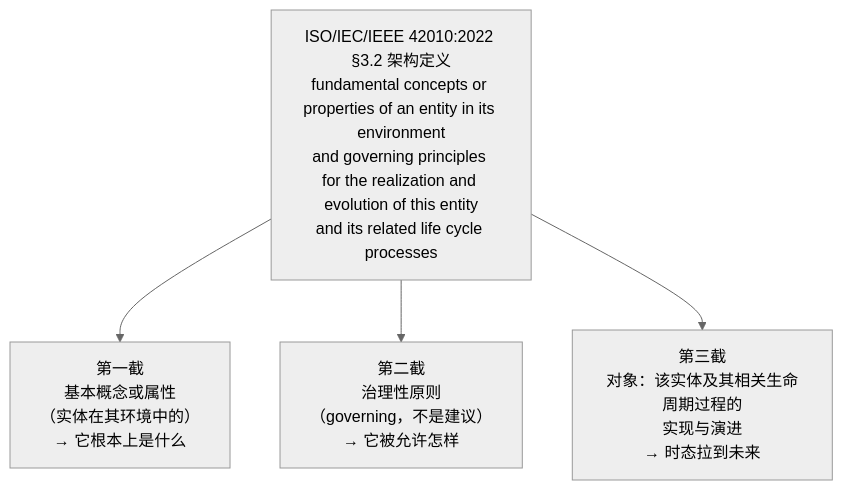
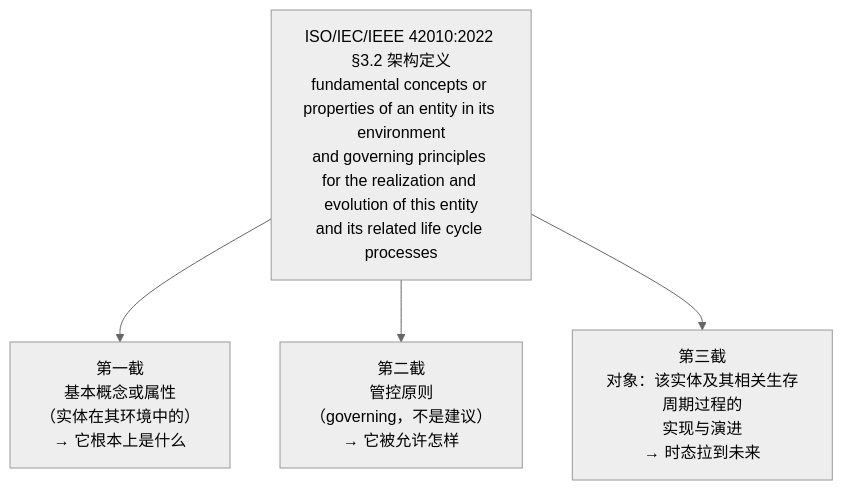
Before and after one commit to Yongjunzhou/business-Engineering: the first of 7 diagrams in 10-系统工程研究/00-系统工程相关研究报告/42-架构研究报告-从定义句与目的到三张清单治理与视图.md, drawn with Mermaid (neutral theme). The commit also changed other lines of this file, not shown here.

Commit message:
[AI] 报告42 v3.3：术语按库内定名回修（管控原则/生存周期/信息部件/词位三分），§5.4 改为「共同陈述的条件」，六例与计数订正

````diff
--- a/10-系统工程研究/00-系统工程相关研究报告/42-架构研究报告-从定义句与目的到三张清单治理与视图.md
+++ b/10-系统工程研究/00-系统工程相关研究报告/42-架构研究报告-从定义句与目的到三张清单治理与视图.md
@@ -215,7 +215,7 @@
 ```mermaid
 flowchart TB
   D["ISO/IEC/IEEE 42010:2022 §3.2 架构定义<br/>fundamental concepts or properties of an entity in its environment<br/>and governing principles for the realization and evolution of this entity<br/>and its related life cycle processes"]
   D --> A1["第一截<br/>基本概念或属性<br/>（实体在其环境中的）<br/>→ 它根本上是什么"]
-  D --> A2["第二截<br/>治理性原则<br/>（governing，不是建议）<br/>→ 它被允许怎样"]
-  D --> A3["第三截<br/>对象：该实体及其相关生命周期过程的<br/>实现与演进<br/>→ 时态拉到未来"]
+  D --> A2["第二截<br/>管控原则<br/>（governing，不是建议）<br/>→ 它被允许怎样"]
+  D --> A3["第三截<br/>对象：该实体及其相关生存周期过程的<br/>实现与演进<br/>→ 时态拉到未来"]
 ```
````
